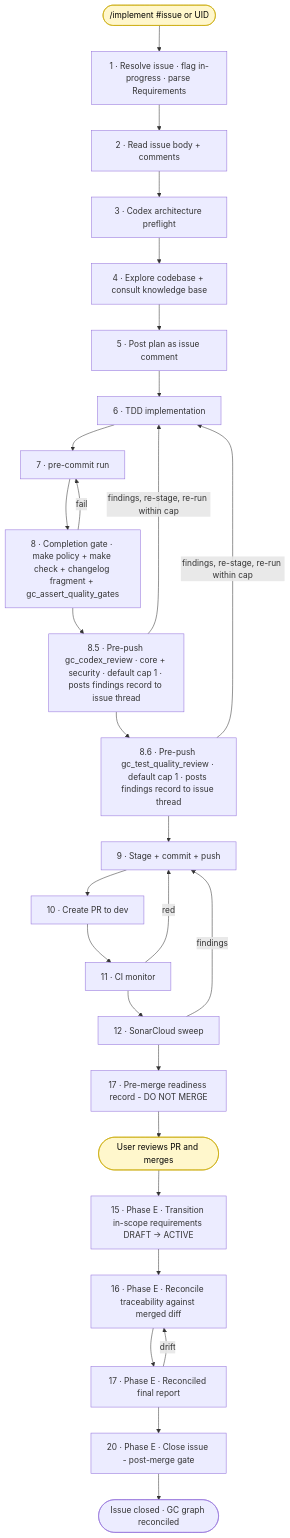
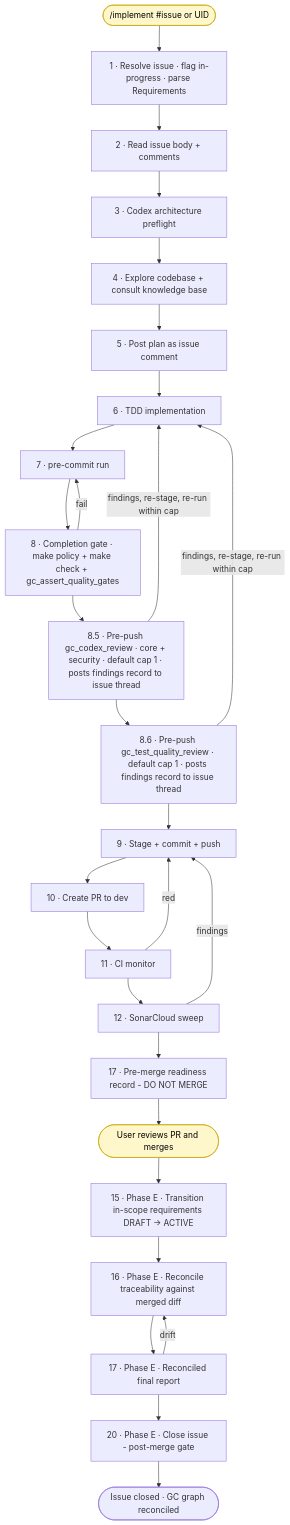
The diagram in docs/DEVELOPMENT_WORKFLOW.md (Brad-Edwards/Ground-Control), drawn with Mermaid before and after one commit. The commit also changed other lines of this file and 270 other files, not shown here.

````diff
--- a/docs/DEVELOPMENT_WORKFLOW.md
+++ b/docs/DEVELOPMENT_WORKFLOW.md
@@ -138,57 +138,57 @@
 ```mermaid
 flowchart TB
   Start([/implement #issue or UID])
   S1[1 · Resolve issue · flag in-progress · parse Requirements]
   S2[2 · Read issue body + comments]
   S3[3 · Codex architecture preflight]
   S4[4 · Explore codebase + consult knowledge base]
   S5[5 · Post plan as issue comment]
   S6[6 · TDD implementation]
   S7[7 · pre-commit run]
-  S8[8 · Completion gate · make policy + make check + changelog fragment + gc_assert_quality_gates]
+  S8[8 · Completion gate · make policy + make check + gc_assert_quality_gates]
   S8b[8.5 · Pre-push gc_codex_review · core + security · default cap 1 · posts findings record to issue thread]
   S8c[8.6 · Pre-push gc_test_quality_review · default cap 1 · posts findings record to issue thread]
   S9[9 · Stage + commit + push]
   S10[10 · Create PR to dev]
   S11[11 · CI monitor]
   S12[12 · SonarCloud sweep]
   S17r[17 · Pre-merge readiness record - DO NOT MERGE]
   End([User reviews PR and merges])
   S15[15 · Phase E · Transition in-scope requirements DRAFT → ACTIVE]
   S16[16 · Phase E · Reconcile traceability against merged diff]
   S17d[17 · Phase E · Reconciled final report]
   S20[20 · Phase E · Close issue - post-merge gate]
   Done([Issue closed · GC graph reconciled])
 
   Start --> S1
   S1 --> S2
   S2 --> S3
   S3 --> S4
   S4 --> S5
   S5 --> S6
   S6 --> S7
   S7 --> S8
   S8 --> S8b
   S8b --> S8c
   S8c --> S9
   S9 --> S10
   S10 --> S11
   S11 --> S12
   S12 --> S17r
   S17r --> End
   End --> S15
   S15 --> S16
   S16 --> S17d
   S17d --> S20
   S20 --> Done
 
   S8 -->|fail| S7
   S8b -->|findings, re-stage, re-run within cap| S6
   S8c -->|findings, re-stage, re-run within cap| S6
   S11 -->|red| S9
   S12 -->|findings| S9
   S17d -->|drift| S16
 
   classDef user fill:#fff7cc,stroke:#c9a900,color:#000
   class Start,End user
 ```
````
